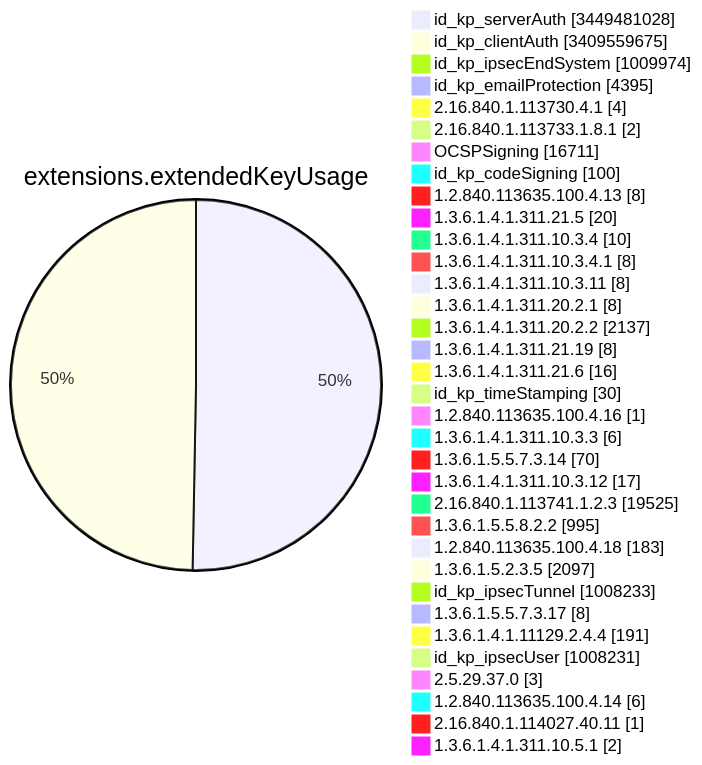
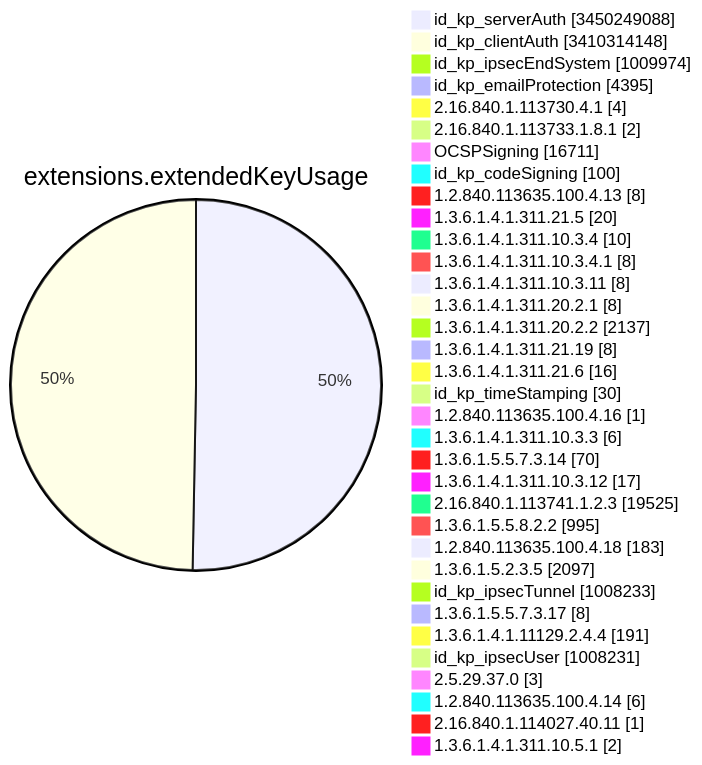
Before and after one commit to christiankrug/ctmonitor_visualization: diagram 11 of 15 in TOTAL/README.md, drawn with Mermaid. The commit also changed other lines of this file, not shown here.

````diff
--- a/TOTAL/README.md
+++ b/TOTAL/README.md
@@ -4123,38 +4123,38 @@
 ```mermaid
 pie showData
 title extensions.extendedKeyUsage
-"id_kp_serverAuth" :3449481028
-"id_kp_clientAuth" :3409559675
+"id_kp_serverAuth" :3450249088
+"id_kp_clientAuth" :3410314148
 "id_kp_ipsecEndSystem" :1009974
 "id_kp_emailProtection" :4395
 "2.16.840.1.113730.4.1" :4
 "2.16.840.1.113733.1.8.1" :2
 "OCSPSigning" :16711
 "id_kp_codeSigning" :100
 "1.2.840.113635.100.4.13" :8
 "1.3.6.1.4.1.311.21.5" :20
 "1.3.6.1.4.1.311.10.3.4" :10
 "1.3.6.1.4.1.311.10.3.4.1" :8
 "1.3.6.1.4.1.311.10.3.11" :8
 "1.3.6.1.4.1.311.20.2.1" :8
 "1.3.6.1.4.1.311.20.2.2" :2137
 "1.3.6.1.4.1.311.21.19" :8
 "1.3.6.1.4.1.311.21.6" :16
 "id_kp_timeStamping" :30
 "1.2.840.113635.100.4.16" :1
 "1.3.6.1.4.1.311.10.3.3" :6
 "1.3.6.1.5.5.7.3.14" :70
 "1.3.6.1.4.1.311.10.3.12" :17
 "2.16.840.1.113741.1.2.3" :19525
 "1.3.6.1.5.5.8.2.2" :995
 "1.2.840.113635.100.4.18" :183
 "1.3.6.1.5.2.3.5" :2097
 "id_kp_ipsecTunnel" :1008233
 "1.3.6.1.5.5.7.3.17" :8
 "1.3.6.1.4.1.11129.2.4.4" :191
 "id_kp_ipsecUser" :1008231
 "2.5.29.37.0" :3
 "1.2.840.113635.100.4.14" :6
 "2.16.840.1.114027.40.11" :1
 "1.3.6.1.4.1.311.10.5.1" :2
 ```
````
